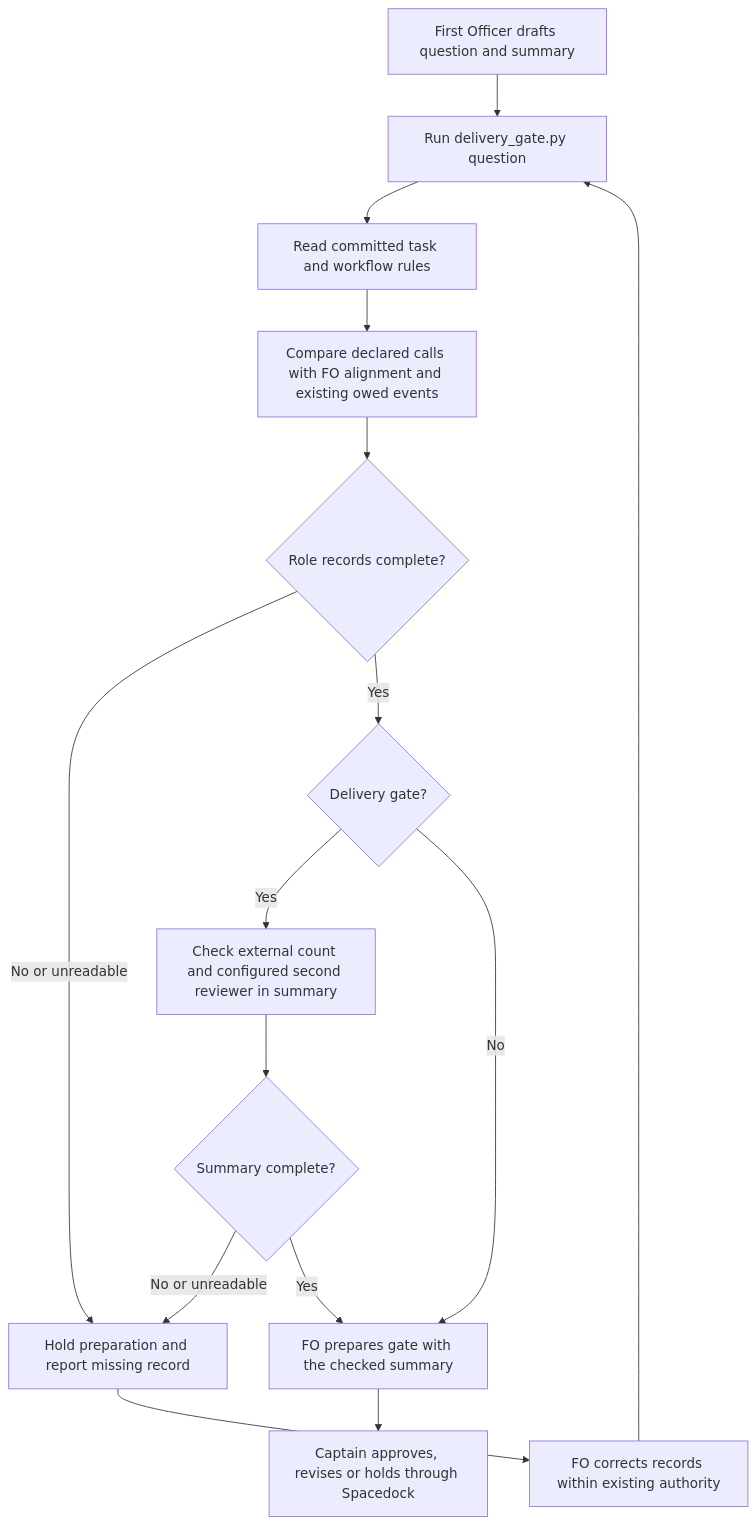
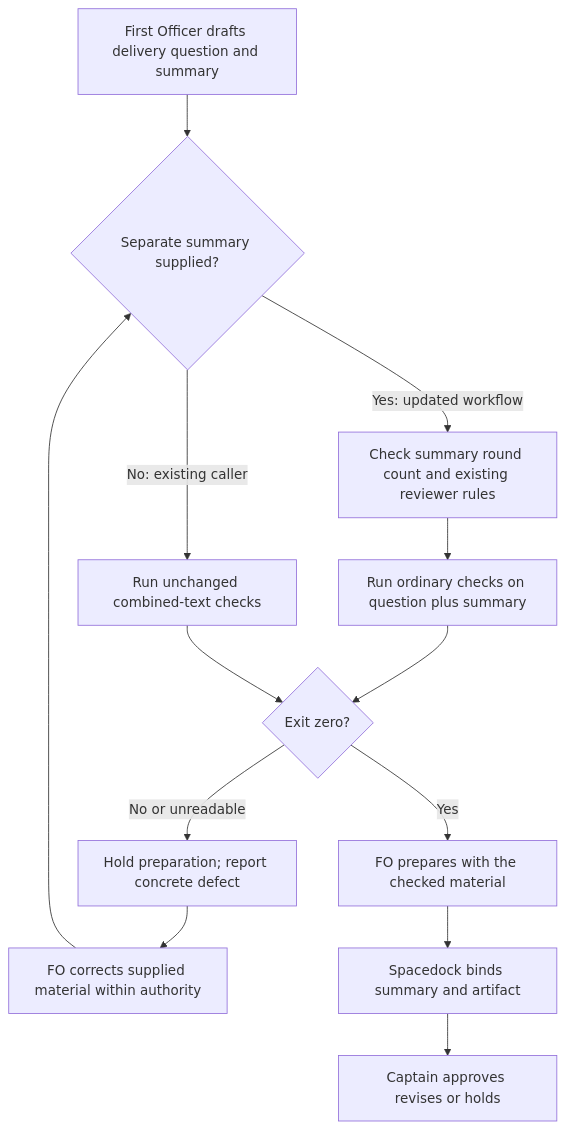
One commit to iamcxa/kc-claude-plugins changed the diagram in gate-requires-recorded-reviews.md. Above: the diagram before and after it, drawn with Mermaid. The commit also changed other lines of this file, not shown here.

Commit message:
docs(state): narrow gate review design to delivery summaries

````diff
--- a/gate-requires-recorded-reviews.md
+++ b/gate-requires-recorded-reviews.md
@@ -89,17 +97,15 @@
 ```mermaid
 flowchart TD
-    FO[First Officer drafts question and summary] --> Check[Run delivery_gate.py question]
-    Check --> State[Read committed task and workflow rules]
-    State --> Roles[Compare declared calls with FO alignment and existing owed events]
-    Roles --> RoleOK{Role records complete?}
-    RoleOK -- No or unreadable --> Stop[Hold preparation and report missing record]
-    RoleOK -- Yes --> Delivery{Delivery gate?}
-    Delivery -- Yes --> Summary[Check external count and configured second reviewer in summary]
-    Summary --> SummaryOK{Summary complete?}
-    SummaryOK -- No or unreadable --> Stop
-    SummaryOK -- Yes --> Prepare[FO prepares gate with the checked summary]
-    Delivery -- No --> Prepare
-    Prepare --> Captain[Captain approves, revises or holds through Spacedock]
-    Stop --> Repair[FO corrects records within existing authority]
-    Repair --> Check
+    FO[First Officer drafts delivery question and summary] --> Input{Separate summary supplied?}
+    Input -- No: existing caller --> Legacy[Run unchanged combined-text checks]
+    Input -- Yes: updated workflow --> Facts[Check summary round count and existing reviewer rules]
+    Facts --> Text[Run ordinary checks on question plus summary]
+    Text --> Result{Exit zero?}
+    Legacy --> Result
+    Result -- No or unreadable --> Hold[Hold preparation; report concrete defect]
+    Hold --> Repair[FO corrects supplied material within authority]
+    Repair --> Input
+    Result -- Yes --> Prepare[FO prepares with the checked material]
+    Prepare --> Bound[Spacedock binds summary and artifact]
+    Bound --> Captain[Captain approves revises or holds]
 ```
````
